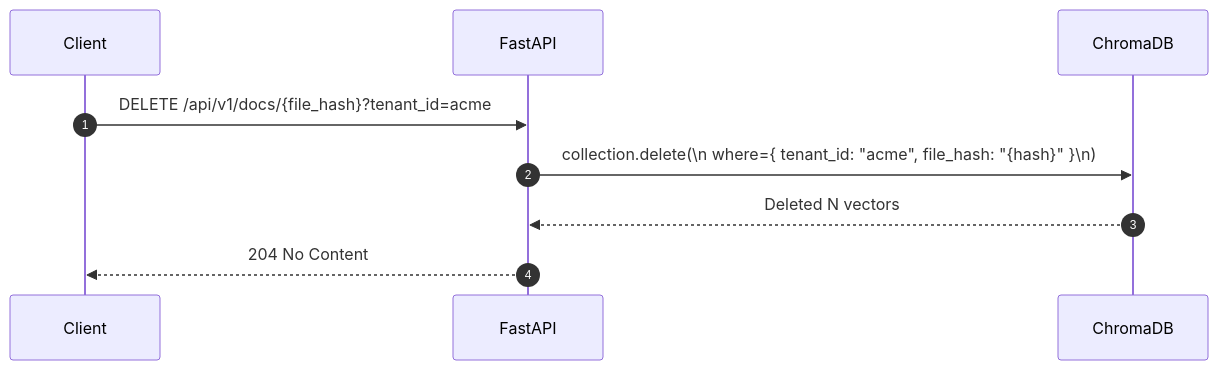
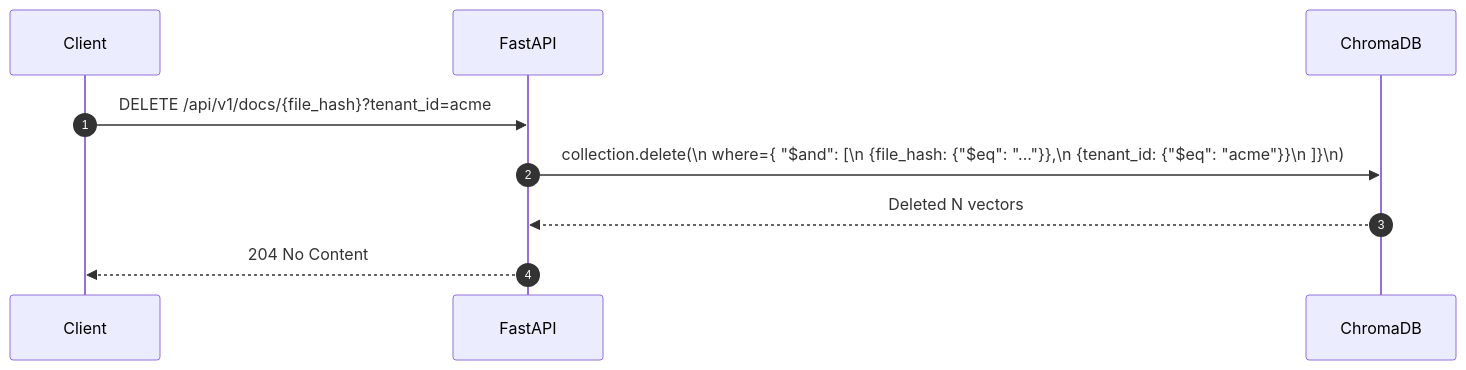
One commit to ayan711/multi-tenant-rag-pipeline changed the fifth of 8 diagrams in architecture.md. Above: the diagram before and after it, drawn with Mermaid. The commit also changed other lines of this file and 22 other files, not shown here.

````diff
--- a/architecture.md
+++ b/architecture.md
@@ -188,14 +254,14 @@
 ```mermaid
 sequenceDiagram
     autonumber
     participant Client
     participant FastAPI
     participant ChromaDB
 
     Client->>FastAPI: DELETE /api/v1/docs/{file_hash}?tenant_id=acme
 
-    FastAPI->>ChromaDB: collection.delete(\n  where={ tenant_id: "acme", file_hash: "{hash}" }\n)
+    FastAPI->>ChromaDB: collection.delete(\n  where={ "$and": [\n    {file_hash: {"$eq": "..."}},\n    {tenant_id: {"$eq": "acme"}}\n  ]}\n)
     ChromaDB-->>FastAPI: Deleted N vectors
 
     FastAPI-->>Client: 204 No Content
 ```
````
